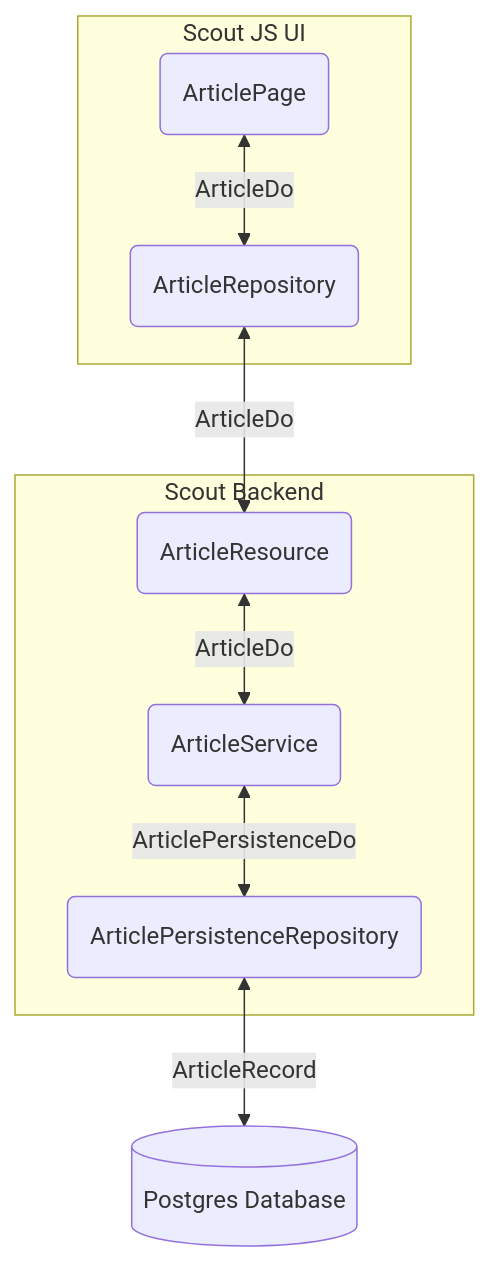
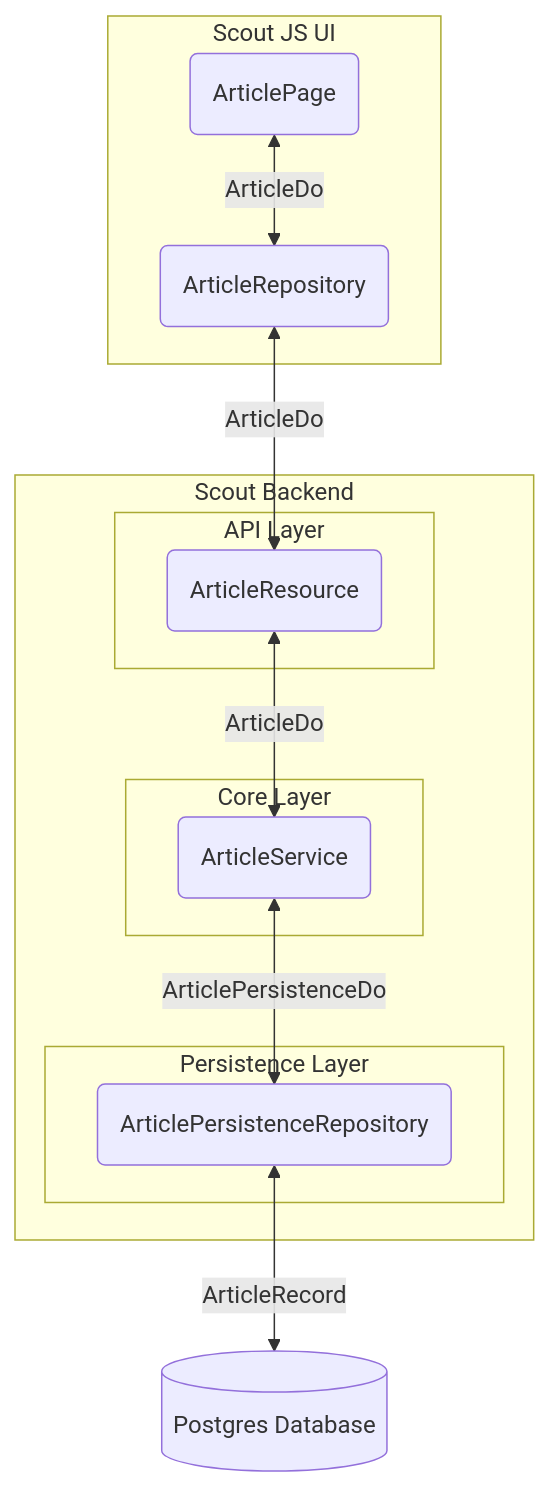
One commit to gourmetgate/docdump changed the second of 2 diagrams in general/tech-stack.md. Above: the diagram before and after it, drawn with Mermaid.

Commit message:
Add layer boxes to technical diagram

````diff
--- a/general/tech-stack.md
+++ b/general/tech-stack.md
@@ -115,18 +115,24 @@
 ```mermaid
 flowchart TB
   subgraph "Scout JS UI"
     uiWidget(ArticlePage)
     uiRepo(ArticleRepository)
   end
   subgraph "Scout Backend"
-    resource(ArticleResource)
-    service(ArticleService)
-    repository(ArticlePersistenceRepository)
+    subgraph API Layer
+      resource(ArticleResource)
+    end
+    subgraph Core Layer
+      service(ArticleService)
+    end
+    subgraph Persistence Layer
+      repository(ArticlePersistenceRepository)
+    end
   end
   db[(Postgres Database)]
   uiWidget <-->|ArticleDo| uiRepo
   uiRepo <-->|ArticleDo| resource
   resource <-->|ArticleDo| service
   service <-->|ArticlePersistenceDo| repository
   repository <-->|ArticleRecord| db
 ```
````
